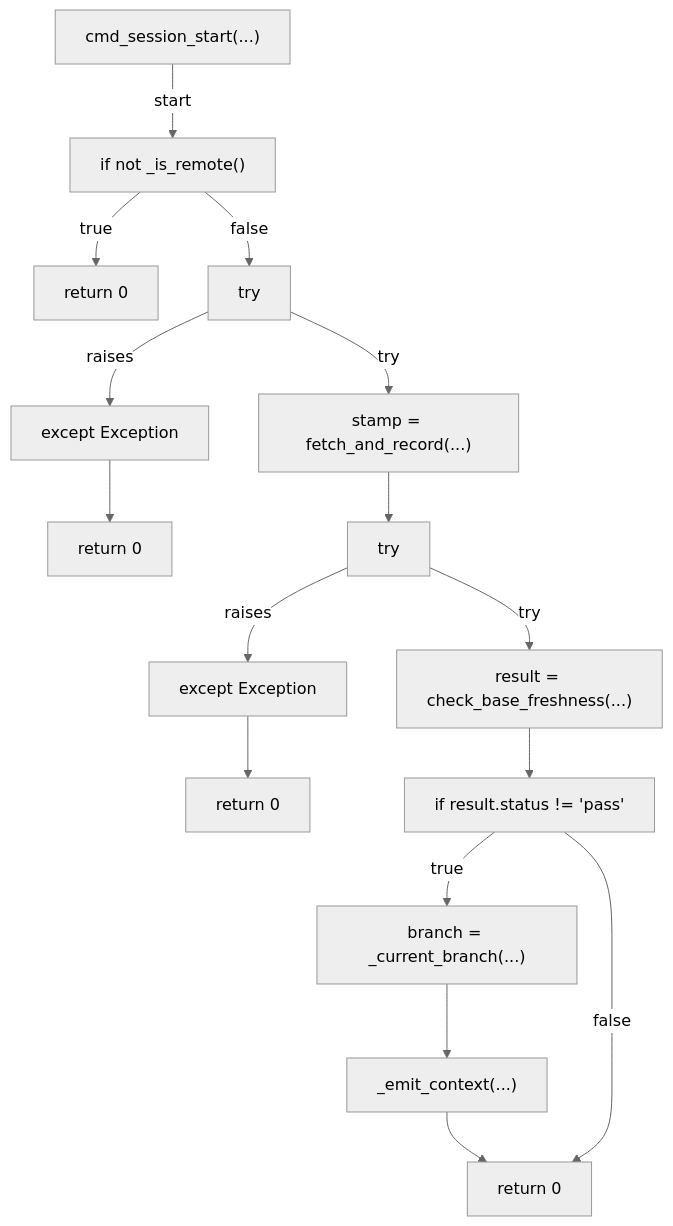
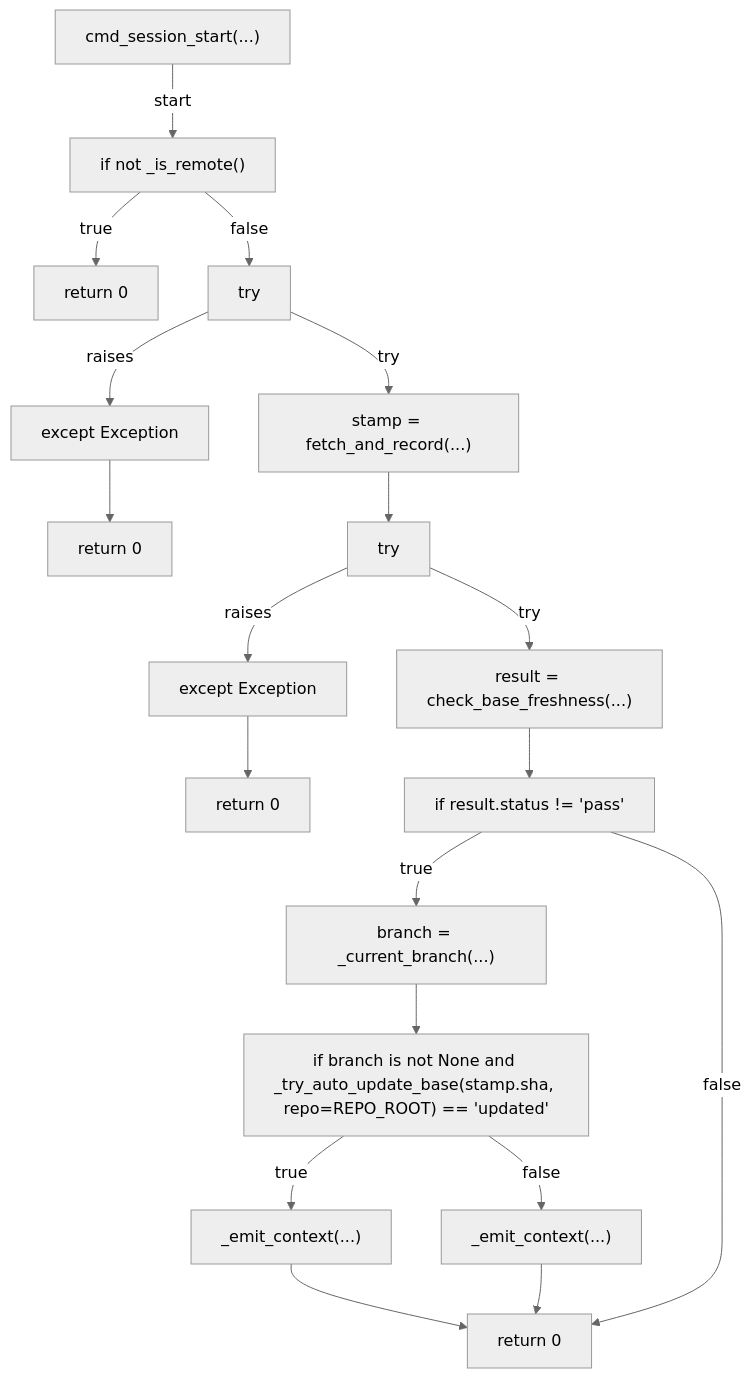
The tenth of 13 diagrams in docs/generated/scripts/ast/preflight_session_base_freshness.md (tvna/claude-md), drawn with Mermaid (neutral theme) before and after one commit. The commit also changed other lines of this file and 2 other files, not shown here.

First line of the commit message:
docs(generated): regenerate decision tree and workflow diagrams

````diff
--- a/docs/generated/scripts/ast/preflight_session_base_freshness.md
+++ b/docs/generated/scripts/ast/preflight_session_base_freshness.md
@@ -122,33 +164,38 @@
 ```mermaid
 flowchart TD
     N001["cmd_session_start(...)"]
     N002["if not _is_remote()"]
     N003["return 0"]
     N004["try"]
     N005["stamp = fetch_and_record(...)"]
     N006["except Exception"]
     N007["return 0"]
     N008["try"]
     N009["result = check_base_freshness(...)"]
     N010["except Exception"]
     N011["return 0"]
     N012["if result.status != 'pass'"]
     N013["branch = _current_branch(...)"]
-    N014["_emit_context(...)"]
-    N015["return 0"]
+    N014["if branch is not None and _try_auto_update_base(stamp.sha, repo=REPO_ROOT) == 'updated'"]
+    N015["_emit_context(...)"]
+    N016["_emit_context(...)"]
+    N017["return 0"]
     N001 -->|"start"| N002
     N002 -->|"true"| N003
     N002 -->|"false"| N004
     N004 -->|"try"| N005
     N004 -->|"raises"| N006
     N006 --> N007
     N005 --> N008
     N008 -->|"try"| N009
     N008 -->|"raises"| N010
     N010 --> N011
     N009 --> N012
     N012 -->|"true"| N013
     N013 --> N014
-    N014 --> N015
-    N012 -->|"false"| N015
+    N014 -->|"true"| N015
+    N014 -->|"false"| N016
+    N015 --> N017
+    N016 --> N017
+    N012 -->|"false"| N017
 ```
````
